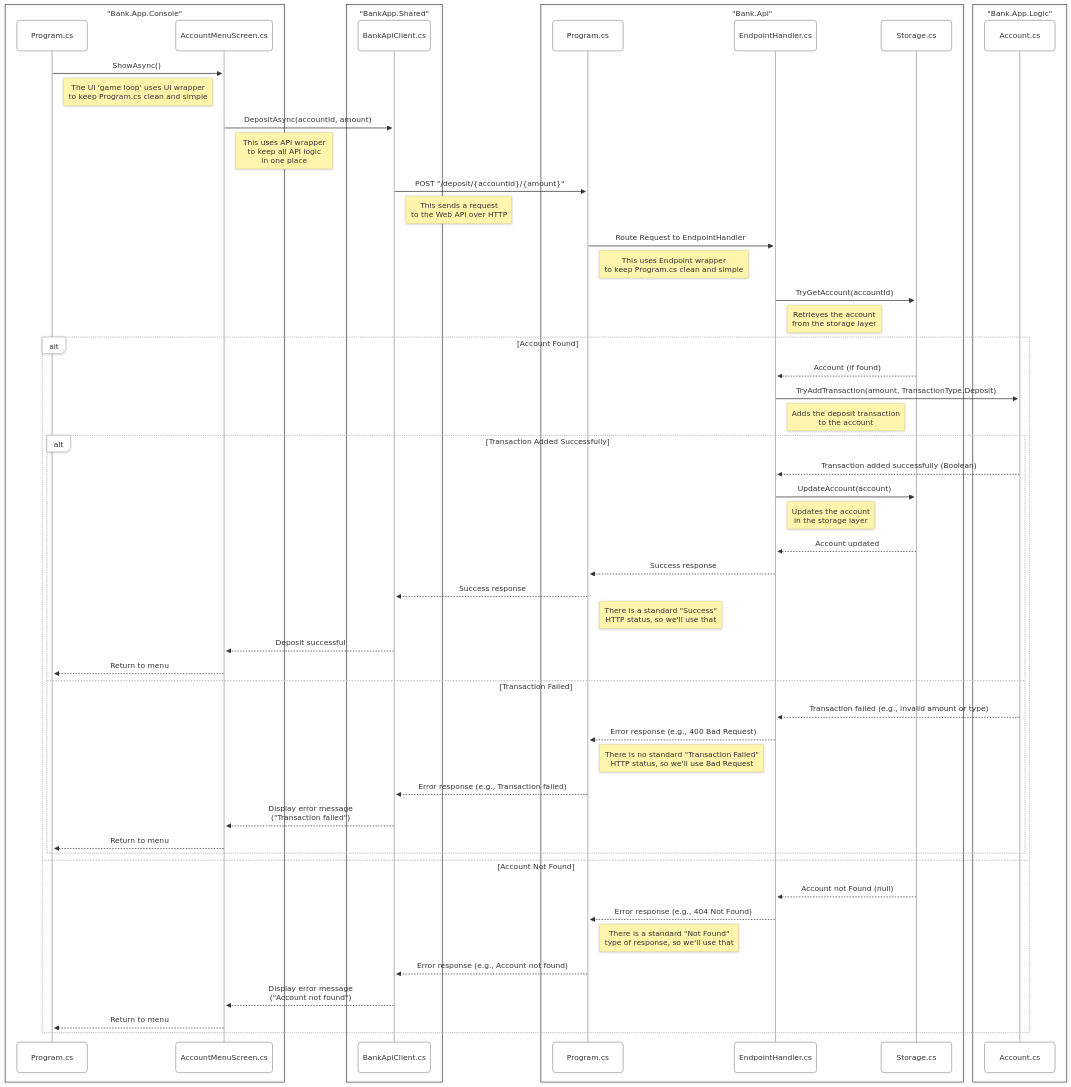
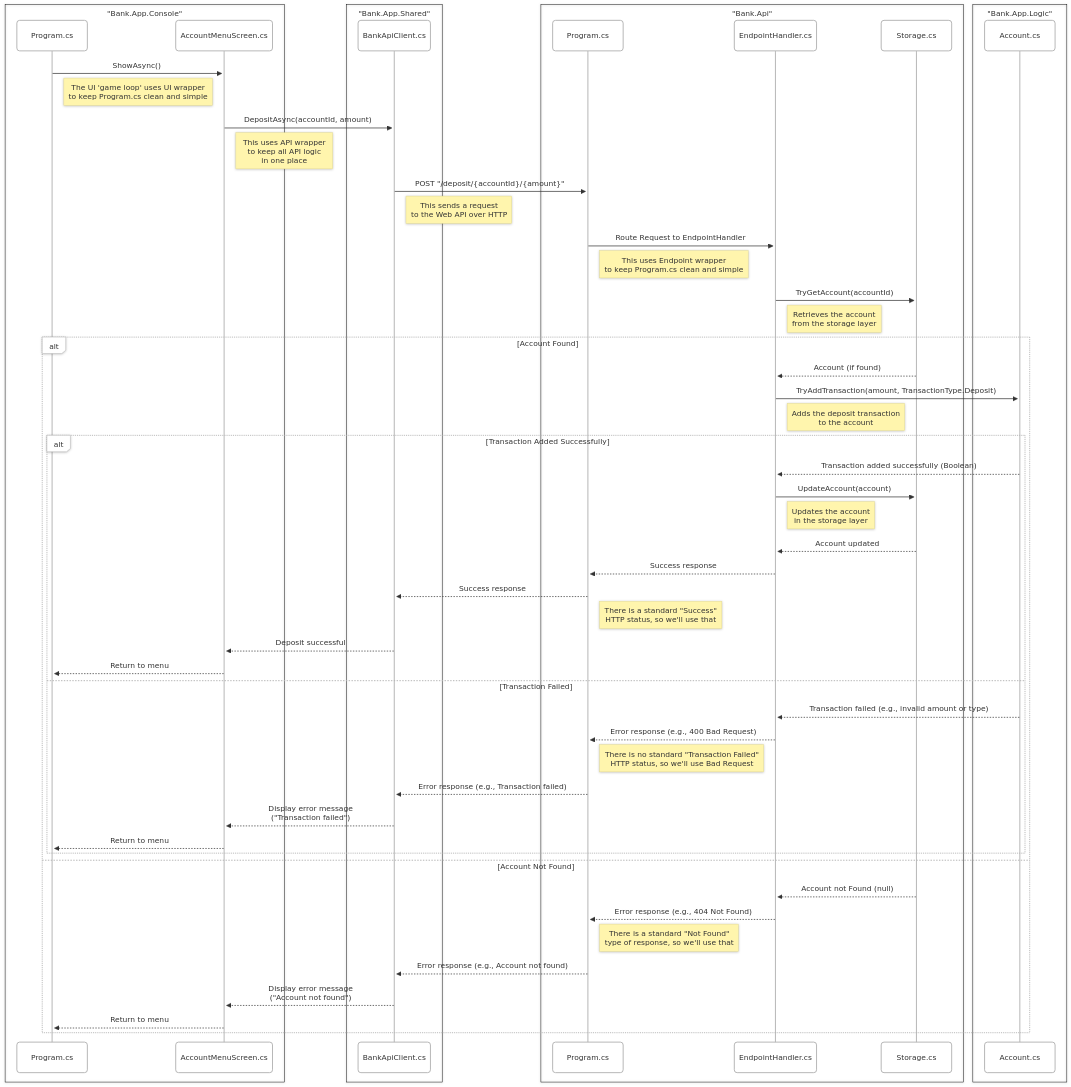
One commit to ColoradoChristianUniversity/CIS-230-SP25-W12 changed the second of 3 diagrams in README.md. Above: the diagram before and after it, drawn with Mermaid.

Commit message:
Added a dot

````diff
--- a/README.md
+++ b/README.md
@@ -65,64 +65,64 @@
 ```mermaid
 ---
 config:
   theme: neo
   look: neo
 ---
 sequenceDiagram
     box "Bank.App.Console"
         participant ConsoleApp as Program.cs
         participant AccountMenu as AccountMenuScreen.cs
     end
-    box "BankApp.Shared"
+    box "Bank.App.Shared"
         participant ApiClient as BankApiClient.cs
     end
     box "Bank.Api"
         participant Api as Program.cs
         participant Endpoint as EndpointHandler.cs
         participant Storage as Storage.cs
     end
     box "Bank.App.Logic"
         participant Account as Account.cs
     end
 
     ConsoleApp->>AccountMenu: ShowAsync()
     note right of ConsoleApp: The UI 'game loop' uses UI wrapper<br/>to keep Program.cs clean and simple
     AccountMenu->>ApiClient: DepositAsync(accountId, amount)
     note right of AccountMenu: This uses API wrapper<br/>to keep all API logic<br/>in one place
     ApiClient->>Api: POST "/deposit/{accountId}/{amount}"
     note right of ApiClient: This sends a request<br/>to the Web API over HTTP
     Api->>Endpoint: Route Request to EndpointHandler
     note right of Api: This uses Endpoint wrapper<br/>to keep Program.cs clean and simple
     Endpoint->>Storage: TryGetAccount(accountId)
     note right of Endpoint: Retrieves the account<br/>from the storage layer
     alt Account Found
         Storage-->>Endpoint: Account (if found)
         Endpoint->>Account: TryAddTransaction(amount, TransactionType.Deposit)
         note right of Endpoint: Adds the deposit transaction<br/>to the account
         alt Transaction Added Successfully
             Account-->>Endpoint: Transaction added successfully (Boolean)
             Endpoint->>Storage: UpdateAccount(account)
             note right of Endpoint: Updates the account<br/>in the storage layer
             Storage-->>Endpoint: Account updated
             Endpoint-->>Api: Success response
             Api-->>ApiClient: Success response
             note right of Api: There is a standard "Success"<br/>HTTP status, so we'll use that
             ApiClient-->>AccountMenu: Deposit successful
             AccountMenu-->>ConsoleApp: Return to menu
         else Transaction Failed
             Account-->>Endpoint: Transaction failed (e.g., invalid amount or type)
             Endpoint-->>Api: Error response (e.g., 400 Bad Request)
             note right of Api: There is no standard "Transaction Failed"<br/>HTTP status, so we'll use Bad Request
             Api-->>ApiClient: Error response (e.g., Transaction failed)
             ApiClient-->>AccountMenu: Display error message<br/>("Transaction failed")
             AccountMenu-->>ConsoleApp: Return to menu
         end
     else Account Not Found
         Storage-->>Endpoint: Account not Found (null)
         Endpoint-->>Api: Error response (e.g., 404 Not Found)
         note right of Api: There is a standard "Not Found"<br/>type of response, so we'll use that
         Api-->>ApiClient: Error response (e.g., Account not found)
         ApiClient-->>AccountMenu: Display error message<br/>("Account not found")
         AccountMenu-->>ConsoleApp: Return to menu
     end
 ```
````
